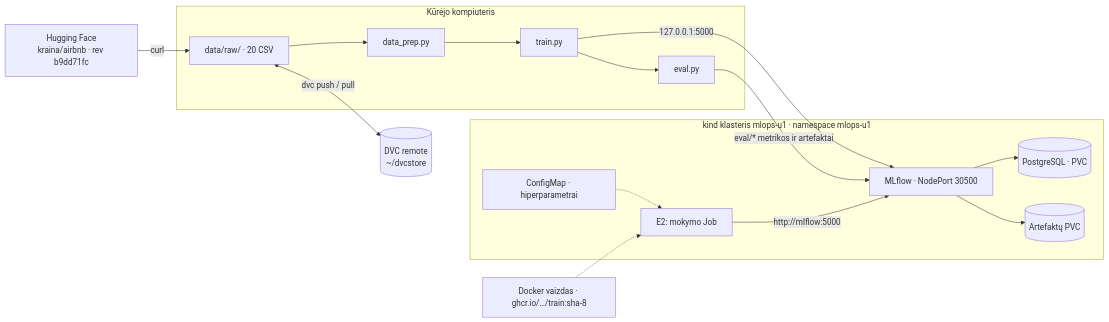
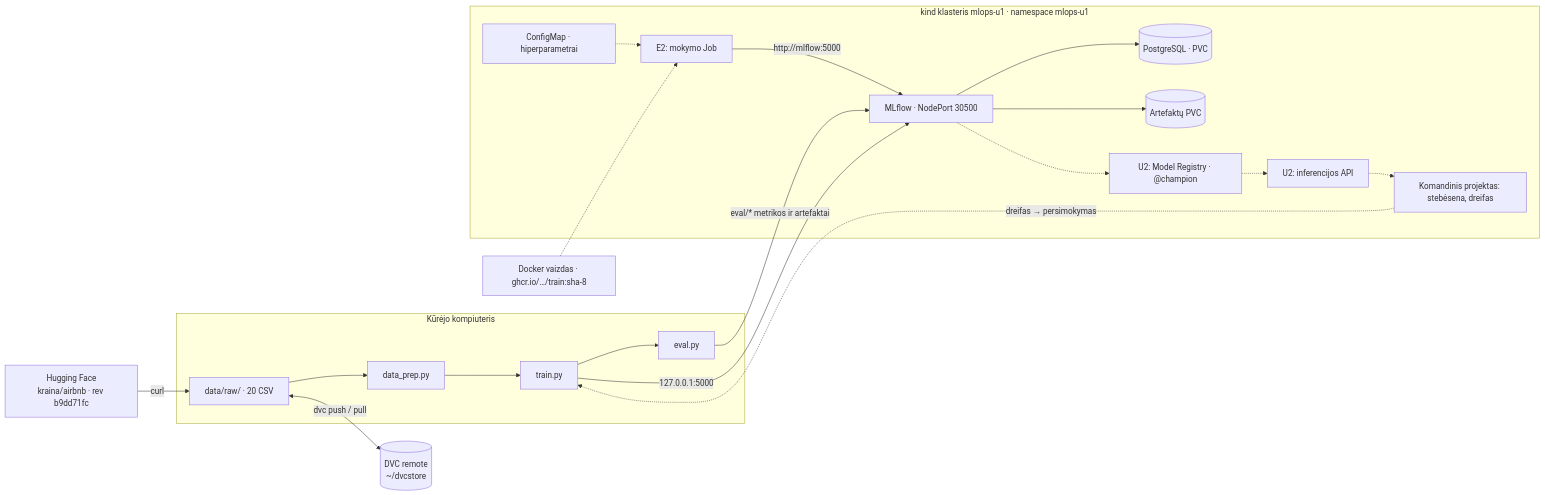
Before and after one commit to lukasja111/mlops-u1: the diagram in docs/architecture.md, drawn with Mermaid. The commit also changed other lines of this file and 3 other files, not shown here.

````diff
--- a/docs/architecture.md
+++ b/docs/architecture.md
@@ -8,20 +10,25 @@
 ```mermaid
 flowchart LR
     hf["Hugging Face<br/>kraina/airbnb · rev b9dd71fc"]
     remote[("DVC remote<br/>~/dvcstore")]
     subgraph pc["Kūrėjo kompiuteris"]
         raw["data/raw/ · 20 CSV"] --> prep["data_prep.py"] --> train["train.py"] --> ev["eval.py"]
     end
     subgraph k8s["kind klasteris mlops-u1 · namespace mlops-u1"]
         mlflow["MLflow · NodePort 30500"] --> pg[("PostgreSQL · PVC")]
         mlflow --> art[("Artefaktų PVC")]
         job["E2: mokymo Job"]
         cm["ConfigMap · hiperparametrai"] -.-> job
+        reg["U2: Model Registry · @champion"]
+        api["U2: inferencijos API"]
+        mon["Komandinis projektas: stebėsena, dreifas"]
+        mlflow -.-> reg -.-> api -.-> mon
     end
     hf -->|curl| raw
     raw <-->|"dvc push / pull"| remote
     train -->|"127.0.0.1:5000"| mlflow
     ev -->|"eval/* metrikos ir artefaktai"| mlflow
     img["Docker vaizdas · ghcr.io/…/train:sha-8"] -.-> job
     job -->|"http://mlflow:5000"| mlflow
+    mon -.->|"dreifas → persimokymas"| train
 ```
````
